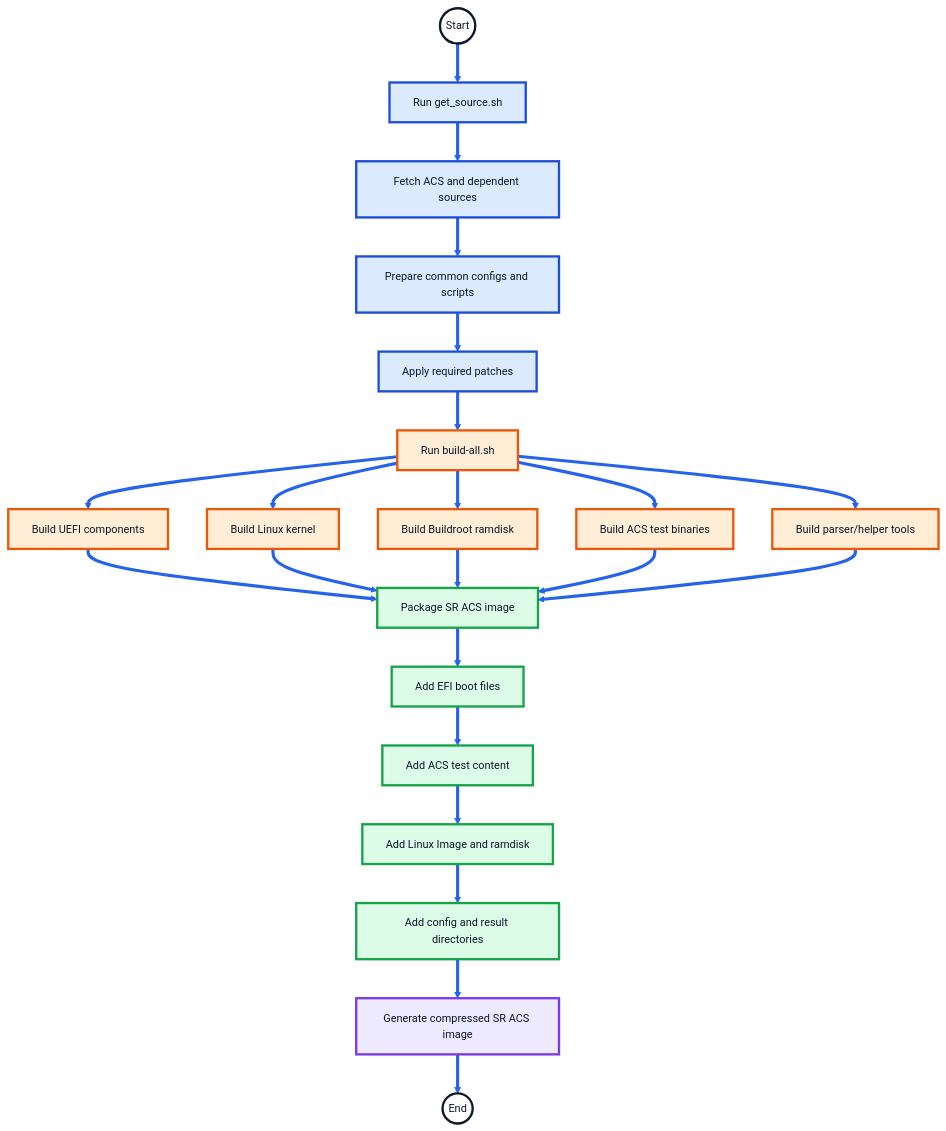
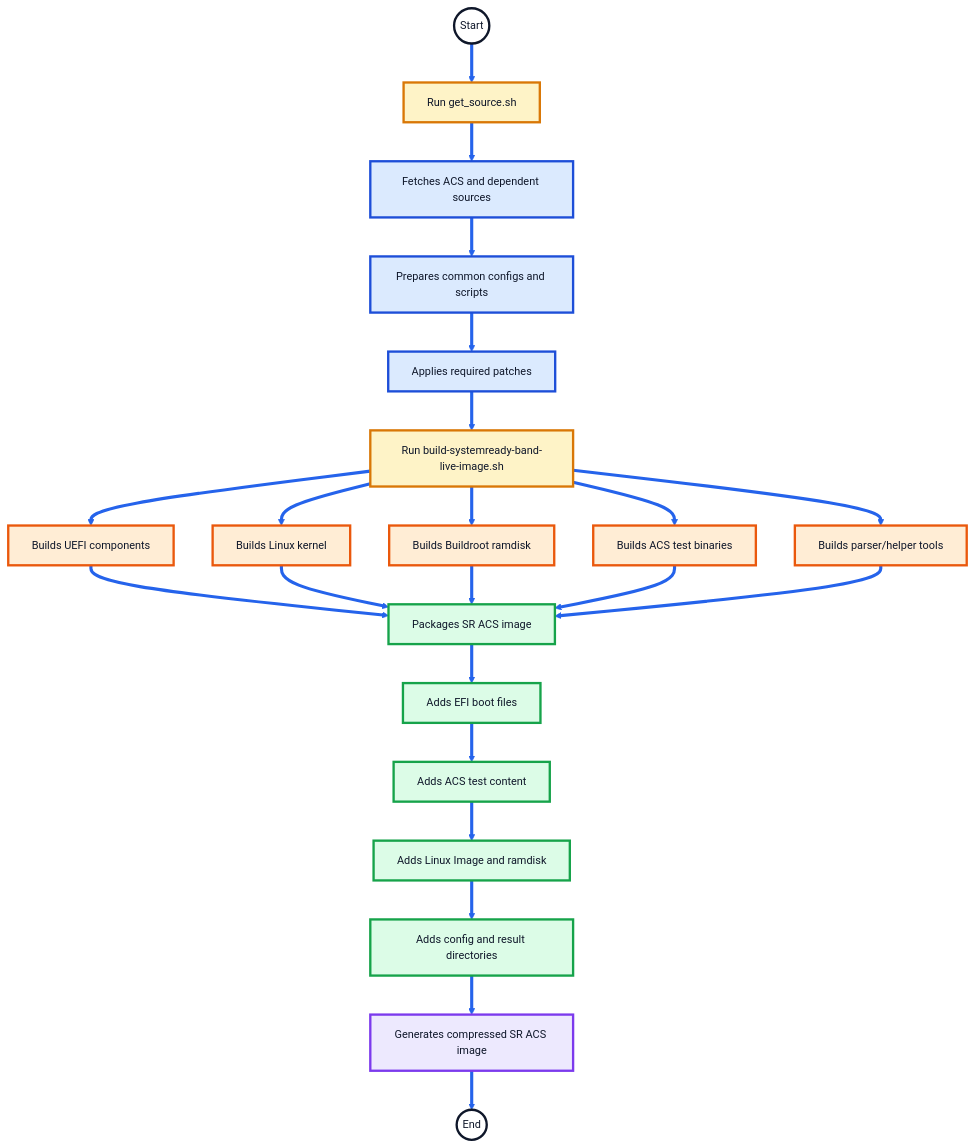
The first of 6 diagrams in docs/systemready_band_flow.md (manjunath3divakar/arm-systemready), drawn with Mermaid before and after one commit. The commit also changed other lines of this file, not shown here.

Commit message:
Enhance documentation for SR Build Automation Flow
Added detailed SR Build Automation Flow section with commands and updated flowchart descriptions.

````diff
--- a/docs/systemready_band_flow.md
+++ b/docs/systemready_band_flow.md
@@ -52,54 +69,56 @@
 ```mermaid
 %%{init: {
   "theme": "base",
   "themeVariables": {
     "fontFamily": "Arial",
     "fontSize": "14px",
     "primaryBorderColor": "#0f172a",
     "lineColor": "#2563eb",
     "tertiaryColor": "#ffffff"
   }
 }}%%
 
 flowchart TD
 
     linkStyle default stroke:#2563eb,stroke-width:4px;
 
     Start((Start)) --> B["Run get_source.sh"]
-    B --> C["Fetch ACS and dependent sources"]
-    C --> D["Prepare common configs and scripts"]
-    D --> E["Apply required patches"]
+    B --> C["Fetches ACS and dependent sources"]
+    C --> D["Prepares common configs and scripts"]
+    D --> E["Applies required patches"]
 
-    E --> F["Run build-all.sh"]
+    E --> F["Run build-systemready-band-live-image.sh"]
 
-    F --> G1["Build UEFI components"]
-    F --> G2["Build Linux kernel"]
-    F --> G3["Build Buildroot ramdisk"]
-    F --> G4["Build ACS test binaries"]
-    F --> G5["Build parser/helper tools"]
+    F --> G1["Builds UEFI components"]
+    F --> G2["Builds Linux kernel"]
+    F --> G3["Builds Buildroot ramdisk"]
+    F --> G4["Builds ACS test binaries"]
+    F --> G5["Builds parser/helper tools"]
 
-    G1 --> H["Package SR ACS image"]
+    G1 --> H["Packages SR ACS image"]
     G2 --> H
     G3 --> H
     G4 --> H
     G5 --> H
 
-    H --> I["Add EFI boot files"]
-    I --> J["Add ACS test content"]
-    J --> K["Add Linux Image and ramdisk"]
-    K --> L["Add config and result directories"]
-    L --> M["Generate compressed SR ACS image"]
+    H --> I["Adds EFI boot files"]
+    I --> J["Adds ACS test content"]
+    J --> K["Adds Linux Image and ramdisk"]
+    K --> L["Adds config and result directories"]
+    L --> M["Generates compressed SR ACS image"]
     M --> End((End))
 
     classDef startEnd fill:#ffffff,stroke:#0f172a,stroke-width:3px,color:#0f172a;
+    classDef manualRun fill:#fef3c7,stroke:#d97706,stroke-width:3px,color:#0f172a;
     classDef source fill:#dbeafe,stroke:#1d4ed8,stroke-width:3px,color:#0f172a;
     classDef build fill:#ffedd5,stroke:#ea580c,stroke-width:3px,color:#0f172a;
     classDef package fill:#dcfce7,stroke:#16a34a,stroke-width:3px,color:#0f172a;
     classDef output fill:#ede9fe,stroke:#7c3aed,stroke-width:3px,color:#0f172a;
 
     class Start,End startEnd;
-    class B,C,D,E source;
-    class F,G1,G2,G3,G4,G5 build;
+    class B,F manualRun;
+    class C,D,E source;
+    class G1,G2,G3,G4,G5 build;
     class H,I,J,K,L package;
     class M output;
 ```
````
